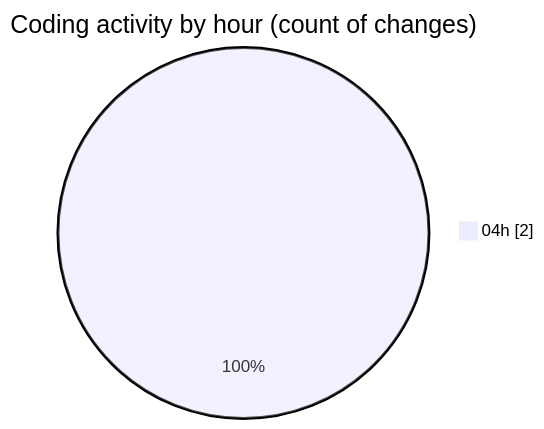
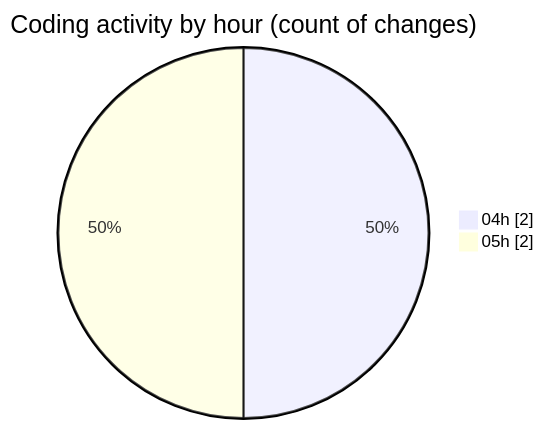
Before and after one commit to 3Nya3/code-tracking: the second of 2 diagrams in 2024-12-31/nyah/README.md, drawn with Mermaid. The commit also changed other lines of this file and 1 other file, not shown here.

````diff
--- a/2024-12-31/nyah/README.md
+++ b/2024-12-31/nyah/README.md
@@ -28,5 +28,6 @@
 ```mermaid
 pie showData
 title Coding activity by hour (count of changes)
 "04h" : 2
+"05h" : 2
 ```
````
